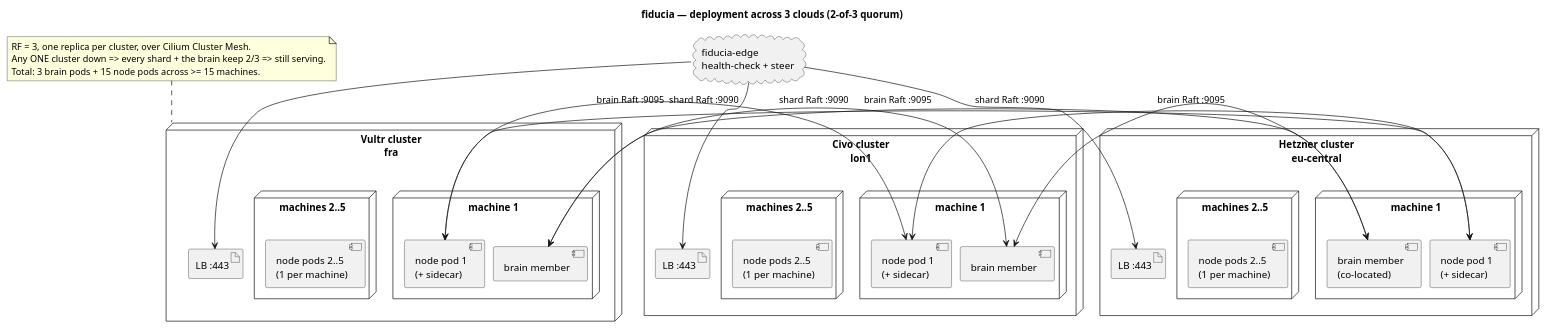
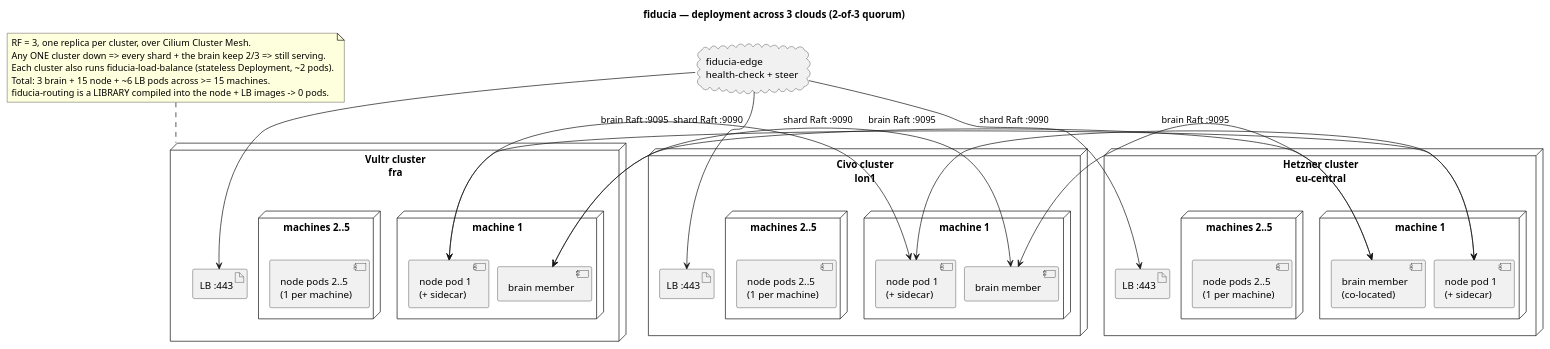
One commit to fiducia-cloud/fiducia-infra changed the second of 3 diagrams in docs/architecture.puml. Above: the diagram before and after it, drawn with PlantUML.

Commit message:
claude autosave 2026-07-13T20:29:14Z

```diff
--- a/docs/architecture.puml
+++ b/docs/architecture.puml
@@ -96,60 +96,62 @@
 @startuml architecture-deployment
 title fiducia — deployment across 3 clouds (2-of-3 quorum)
 skinparam shadowing false
 skinparam nodesep 12
 skinparam ranksep 30
 
 cloud "fiducia-edge\nhealth-check + steer" as edge
 
 node "Hetzner cluster\neu-central" as hz {
   artifact "LB :443" as hzlb
   node "machine 1" as hzm1 {
     component "node pod 1\n(+ sidecar)" as hzn1
     component "brain member\n(co-located)" as hzb
   }
   node "machines 2..5" as hzm2 {
     component "node pods 2..5\n(1 per machine)" as hzn2
   }
 }
 
 node "Vultr cluster\nfra" as vu {
   artifact "LB :443" as vulb
   node "machine 1" as vum1 {
     component "brain member" as vub
     component "node pod 1\n(+ sidecar)" as vun1
   }
   node "machines 2..5" as vum2 {
     component "node pods 2..5\n(1 per machine)" as vun2
   }
 }
 
 node "Civo cluster\nlon1" as ci {
   artifact "LB :443" as cilb
   node "machine 1" as cim1 {
     component "brain member" as cib
     component "node pod 1\n(+ sidecar)" as cin1
   }
   node "machines 2..5" as cim2 {
     component "node pods 2..5\n(1 per machine)" as cin2
   }
 }
 
 edge --> hzlb
 edge --> vulb
 edge --> cilb
 
 hzb <--> vub : brain Raft :9095
 vub <--> cib : brain Raft :9095
 cib <--> hzb : brain Raft :9095
 
 hzn1 <--> vun1 : shard Raft :9090
 vun1 <--> cin1 : shard Raft :9090
 cin1 <--> hzn1 : shard Raft :9090
 
 note as N
   RF = 3, one replica per cluster, over Cilium Cluster Mesh.
   Any ONE cluster down => every shard + the brain keep 2/3 => still serving.
-  Total: 3 brain pods + 15 node pods across >= 15 machines.
+  Each cluster also runs fiducia-load-balance (stateless Deployment, ~2 pods).
+  Total: 3 brain + 15 node + ~6 LB pods across >= 15 machines.
+  fiducia-routing is a LIBRARY compiled into the node + LB images -> 0 pods.
 end note
 N .. vu
 @enduml
```
